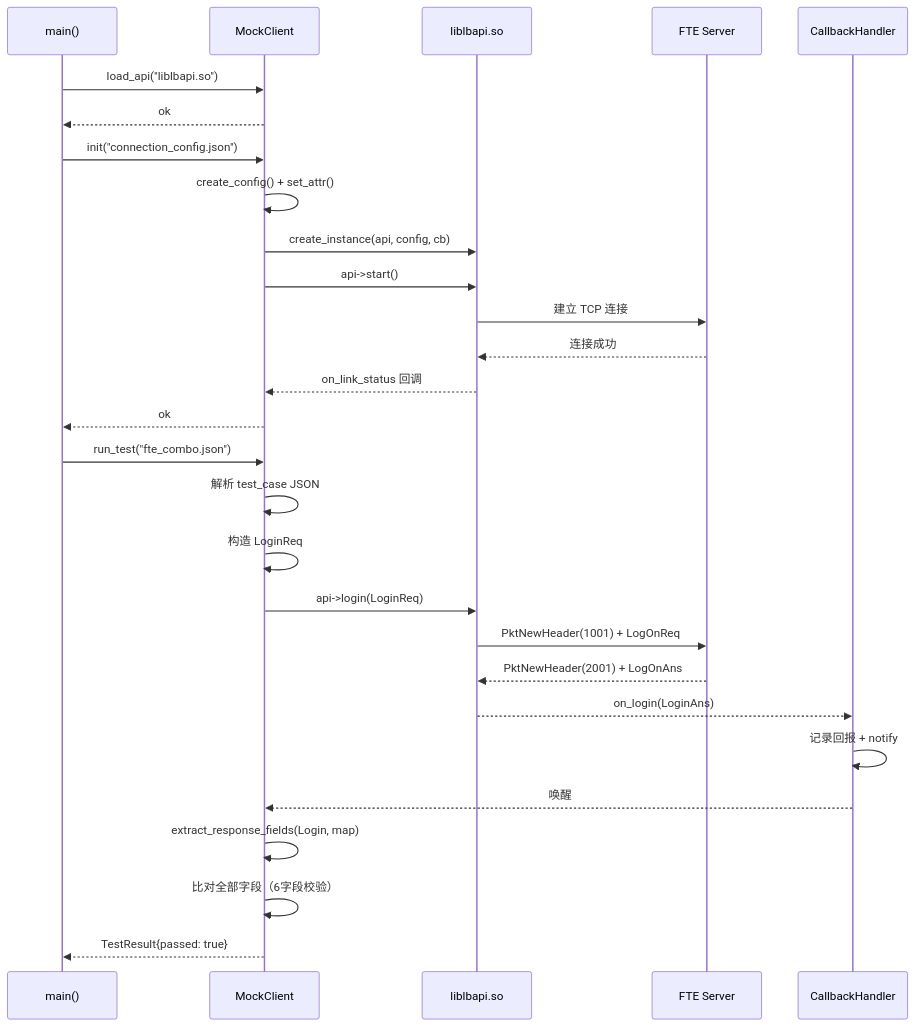
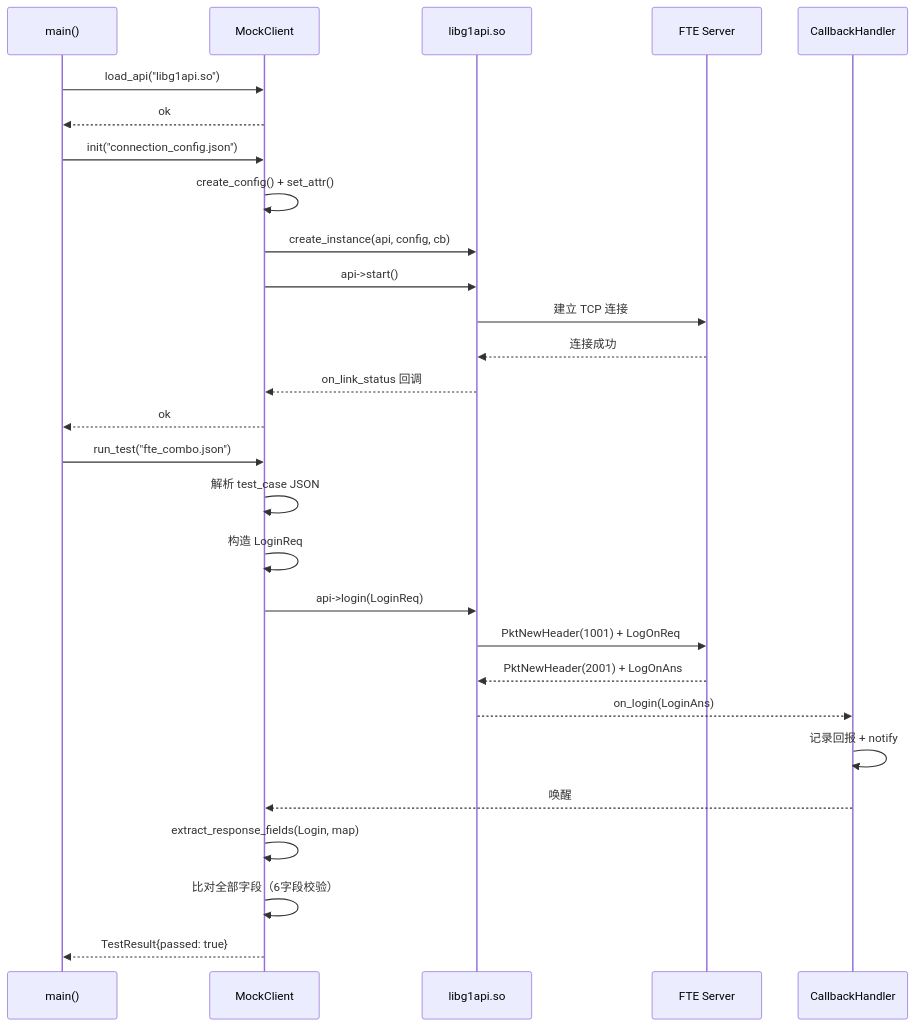
The second of 5 diagrams in trunk/NewAPI/gone/api/mock/client/mock_client_design.md (lishengze/server_9), drawn with Mermaid before and after one commit. The commit also changed other lines of this file and 115 other files, not shown here.

````diff
--- a/trunk/NewAPI/gone/api/mock/client/mock_client_design.md
+++ b/trunk/NewAPI/gone/api/mock/client/mock_client_design.md
@@ -616,33 +621,33 @@
 ```mermaid
 sequenceDiagram
     participant Main as main()
     participant MC as MockClient
-    participant API as liblbapi.so
+    participant API as libg1api.so
     participant FTE as FTE Server
     participant CB as CallbackHandler
 
-    Main->>MC: load_api("liblbapi.so")
+    Main->>MC: load_api("libg1api.so")
     MC-->>Main: ok
 
     Main->>MC: init("connection_config.json")
     MC->>MC: create_config() + set_attr()
     MC->>API: create_instance(api, config, cb)
     MC->>API: api->start()
     API->>FTE: 建立 TCP 连接
     FTE-->>API: 连接成功
     API-->>MC: on_link_status 回调
     MC-->>Main: ok
 
     Main->>MC: run_test("fte_combo.json")
     MC->>MC: 解析 test_case JSON
     MC->>MC: 构造 LoginReq
     MC->>API: api->login(LoginReq)
     API->>FTE: PktNewHeader(1001) + LogOnReq
     FTE-->>API: PktNewHeader(2001) + LogOnAns
     API-->>CB: on_login(LoginAns)
     CB->>CB: 记录回报 + notify
     CB-->>MC: 唤醒
     MC->>MC: extract_response_fields(Login, map)
     MC->>MC: 比对全部字段（6字段校验）
     MC-->>Main: TestResult{passed: true}
 ```
````
